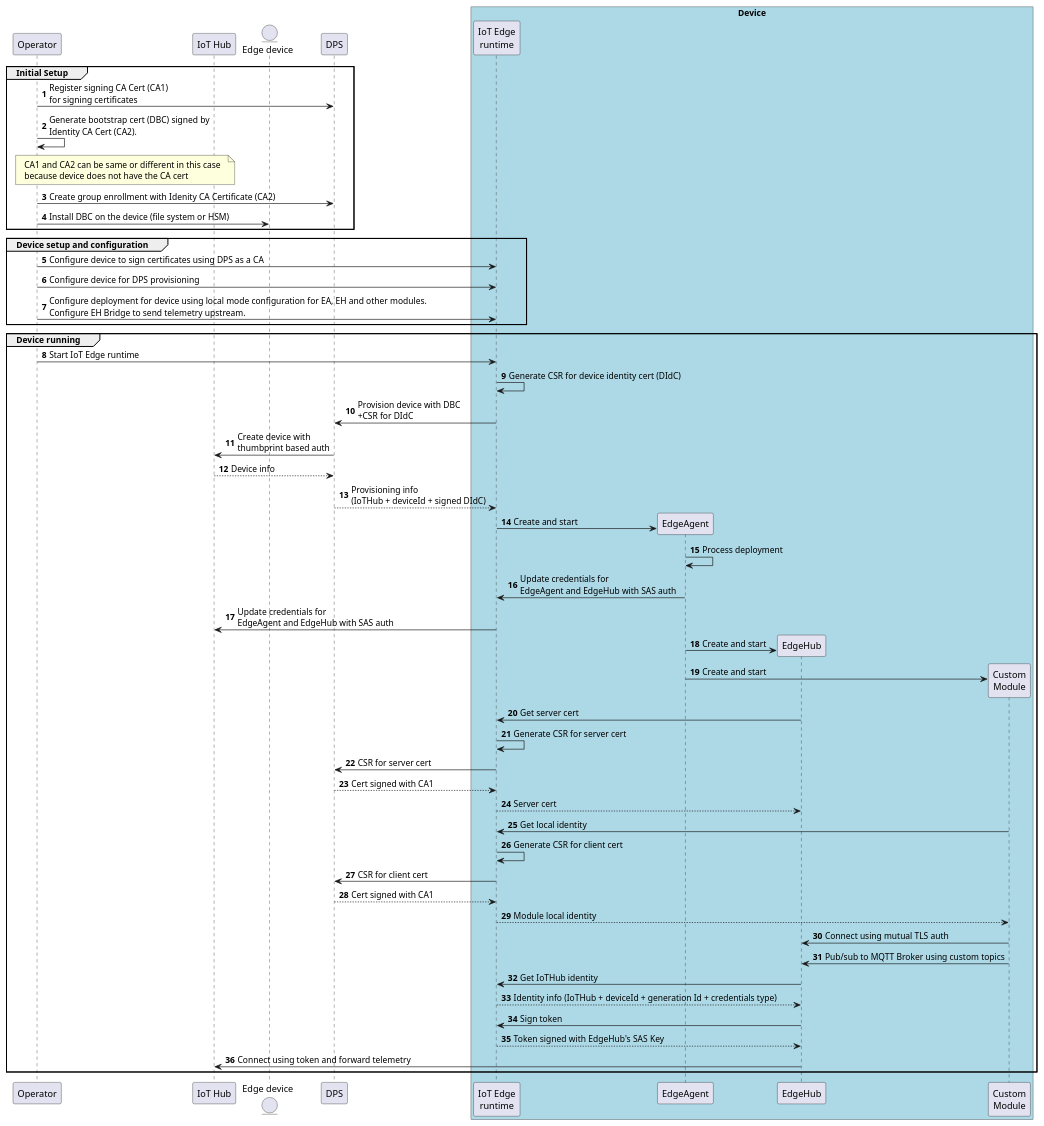
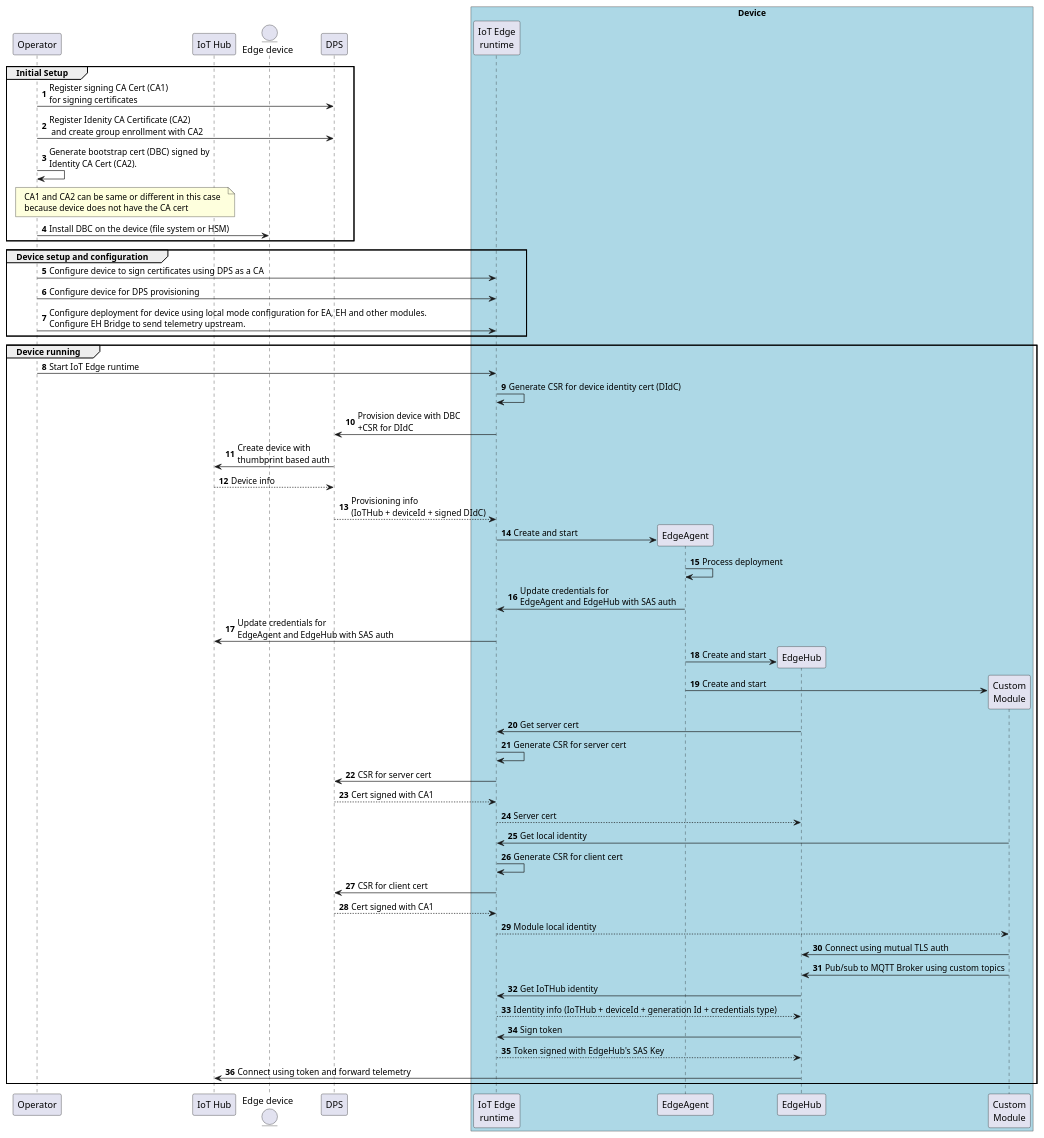
One commit to varunpuranik/edgev2 changed the diagram in plantuml/device-init-dps-ca-online.plantuml. Above: the diagram before and after it, drawn with PlantUML. The commit also changed 1 other file, not shown here.

Commit message:
Register Identity CA in DPS before generating Bootstrap cert

```diff
--- a/plantuml/device-init-dps-ca-online.plantuml
+++ b/plantuml/device-init-dps-ca-online.plantuml
@@ -1,67 +1,67 @@
 @startuml
 participant "Operator" as oem
 participant "IoT Hub" as ih
 entity "Edge device" as device
 participant "DPS" as dps
 
 box "Device" #LightBlue 
 participant "IoT Edge\nruntime" as ie
 participant "EdgeAgent" as ea
 participant "EdgeHub" as eh
 participant "Custom\nModule" as cm
 end box 
 
 autonumber 
 
 group Initial Setup 
 oem->dps : Register signing CA Cert (CA1)\nfor signing certificates
+oem->dps : Register Idenity CA Certificate (CA2)\n and create group enrollment with CA2
 oem->oem : Generate bootstrap cert (DBC) signed by\nIdentity CA Cert (CA2).
-note over oem,ih: CA1 and CA2 can be same or different in this case\nbecause device does not have the CA cert
-oem->dps : Create group enrollment with Idenity CA Certificate (CA2) 
+note over oem,ih: CA1 and CA2 can be same or different in this case\nbecause device does not have the CA cert 
 oem->device : Install DBC on the device (file system or HSM) 
 end
 
 group Device setup and configuration
 oem->ie : Configure device to sign certificates using DPS as a CA
 oem->ie : Configure device for DPS provisioning
 oem->ie : Configure deployment for device using local mode configuration for EA, EH and other modules.\nConfigure EH Bridge to send telemetry upstream.
 end
 
 group Device running
 oem -> ie : Start IoT Edge runtime
 ie -> ie : Generate CSR for device identity cert (DIdC)
 ie -> dps : Provision device with DBC\n+CSR for DIdC
 dps -> ih : Create device with\nthumbprint based auth
 ih --> dps : Device info
 dps --> ie : Provisioning info\n(IoTHub + deviceId + signed DIdC)
 
 ie -> ea ** : Create and start
 ea -> ea : Process deployment
 ea -> ie : Update credentials for\nEdgeAgent and EdgeHub with SAS auth
 ie -> ih : Update credentials for\nEdgeAgent and EdgeHub with SAS auth
 
 ea -> eh ** : Create and start
 ea -> cm ** : Create and start
 
 eh -> ie : Get server cert
 ie -> ie : Generate CSR for server cert
 ie -> dps : CSR for server cert 
 dps --> ie : Cert signed with CA1
 ie --> eh : Server cert
 
 cm -> ie : Get local identity
 ie -> ie : Generate CSR for client cert
 ie -> dps : CSR for client cert
 dps --> ie : Cert signed with CA1
 ie --> cm : Module local identity
 
 cm -> eh : Connect using mutual TLS auth
 cm -> eh : Pub/sub to MQTT Broker using custom topics
 
 eh -> ie : Get IoTHub identity
 ie --> eh : Identity info (IoTHub + deviceId + generation Id + credentials type)
 eh -> ie : Sign token 
 ie --> eh : Token signed with EdgeHub's SAS Key
 eh -> ih : Connect using token and forward telemetry
 end
 @enduml
```
